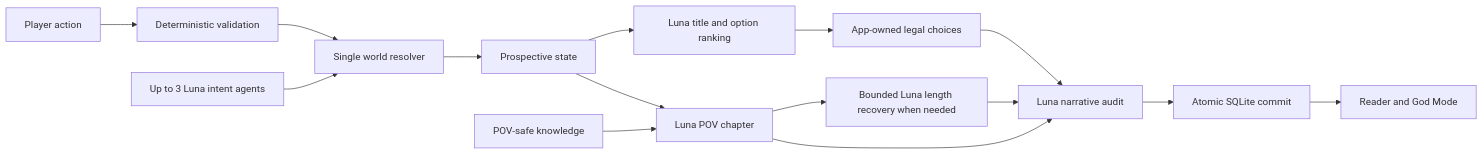
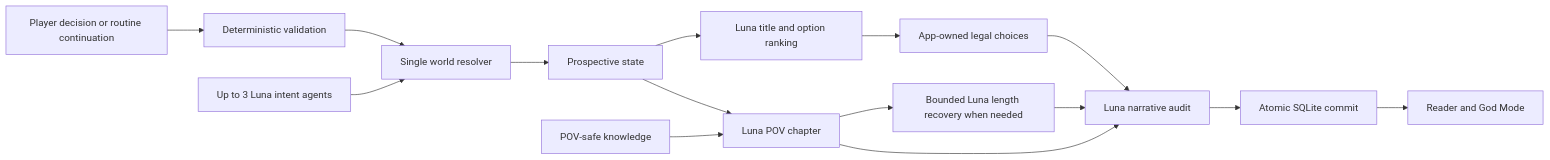
The diagram in README.md (shivam-g10/infinite-litrpg), drawn with Mermaid before and after one commit. The commit also changed other lines of this file and 40 other files, not shown here.

````diff
--- a/README.md
+++ b/README.md
@@ -49,17 +51,17 @@
 ```mermaid
 flowchart LR
-    U["Player action"] --> V["Deterministic validation"]
+    U["Player decision or routine continuation"] --> V["Deterministic validation"]
     L["Up to 3 Luna intent agents"] --> R["Single world resolver"]
     V --> R
     R --> S["Prospective state"]
     S --> O["Luna title and option ranking"]
     O --> F["App-owned legal choices"]
     S --> T["Luna POV chapter"]
     K["POV-safe knowledge"] --> T
     T --> X["Bounded Luna length recovery when needed"]
     X --> A
     T --> A["Luna narrative audit"]
     F --> A
     A --> C["Atomic SQLite commit"]
     C --> P["Reader and God Mode"]
 ```
````
